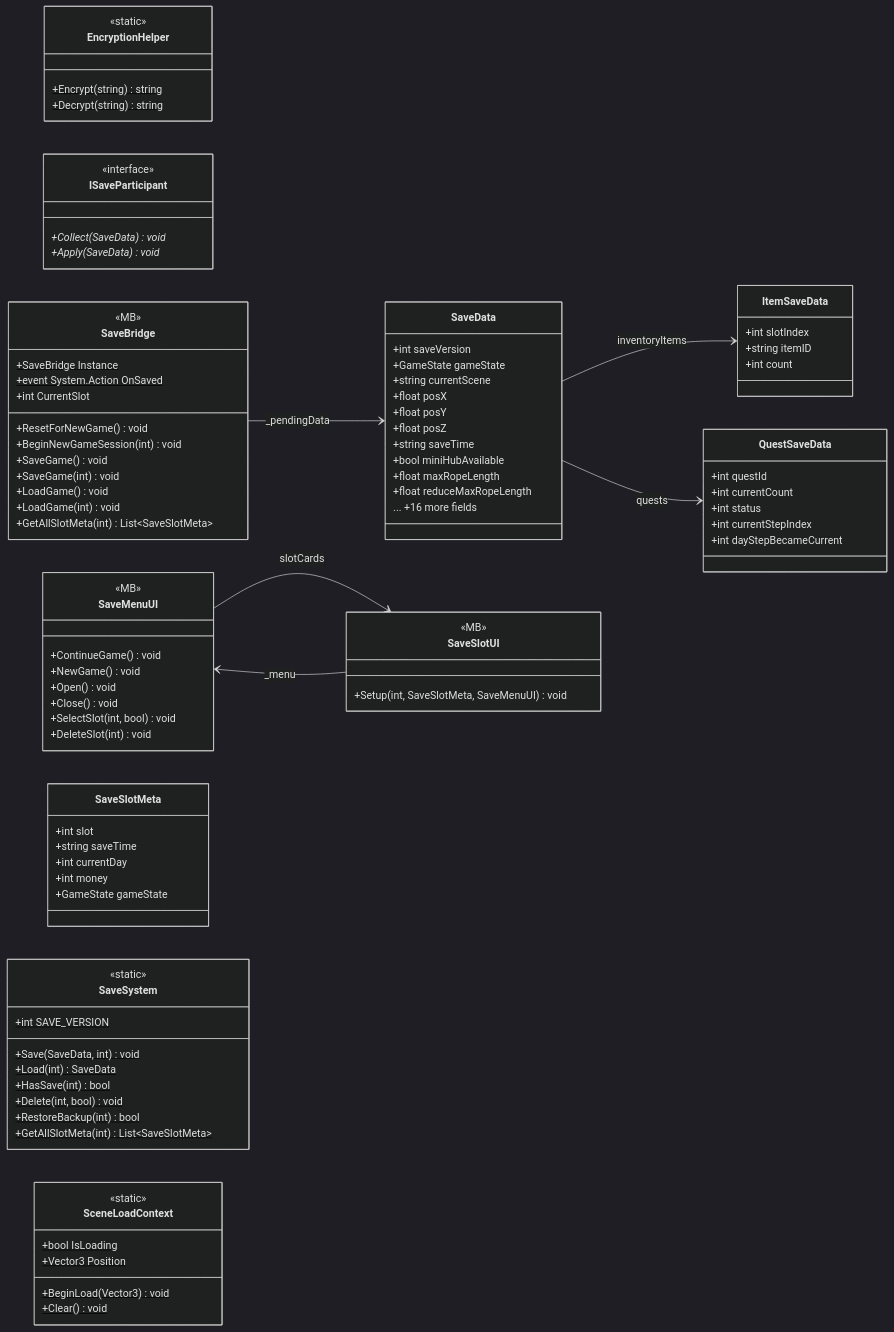
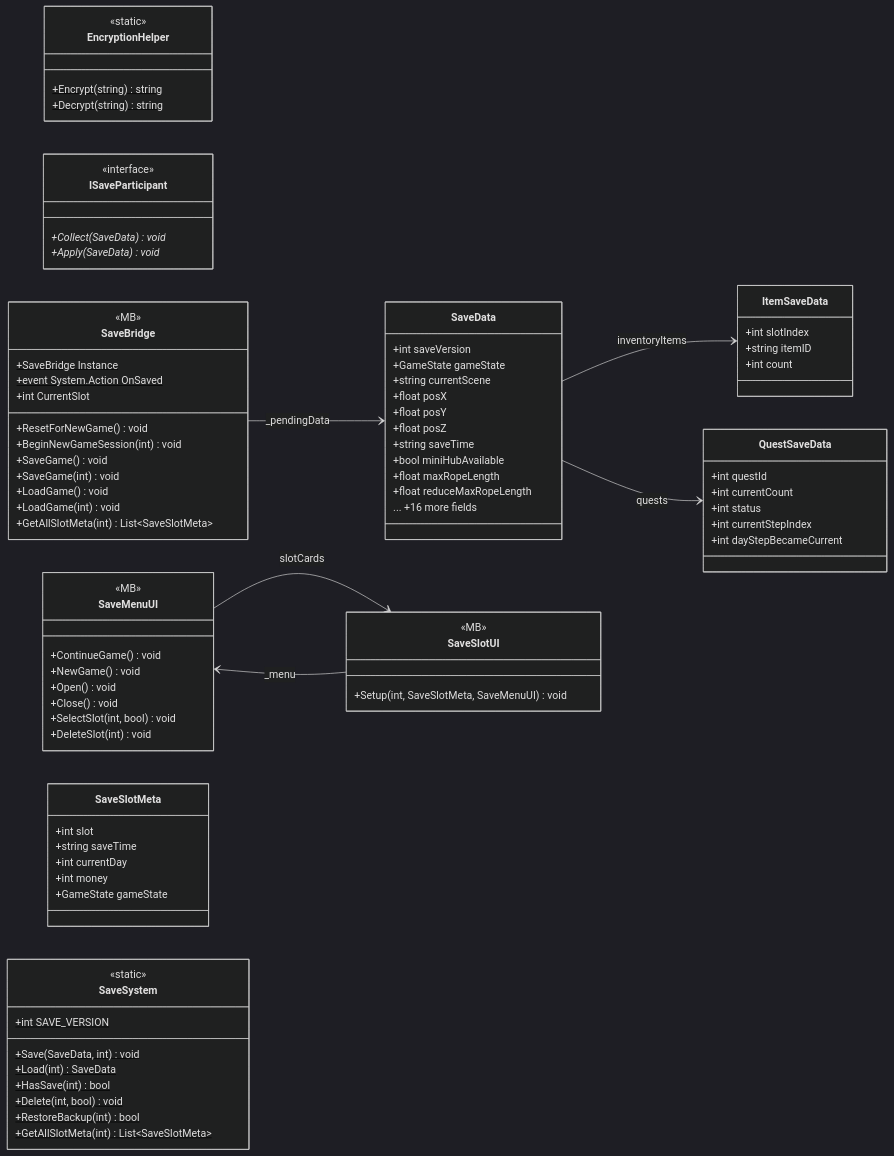
One commit to PhumipatWave/project-ocean changed the diagram in docs/uml/modules/Core_Save.md. Above: the diagram before and after it, drawn with Mermaid (dark theme). The commit also changed other lines of this file and 191 other files, not shown here.

```diff
--- a/docs/uml/modules/Core_Save.md
+++ b/docs/uml/modules/Core_Save.md
@@ -85,13 +85,6 @@
     +RestoreBackup(int)$ bool
     +GetAllSlotMeta(int)$ List~SaveSlotMeta~
   }
-  class SceneLoadContext {
-    <<static>>
-    +bool IsLoading$
-    +Vector3 Position$
-    +BeginLoad(Vector3)$ void
-    +Clear()$ void
-  }
   SaveBridge --> SaveData : _pendingData
   SaveData --> ItemSaveData : inventoryItems
   SaveData --> QuestSaveData : quests
```
